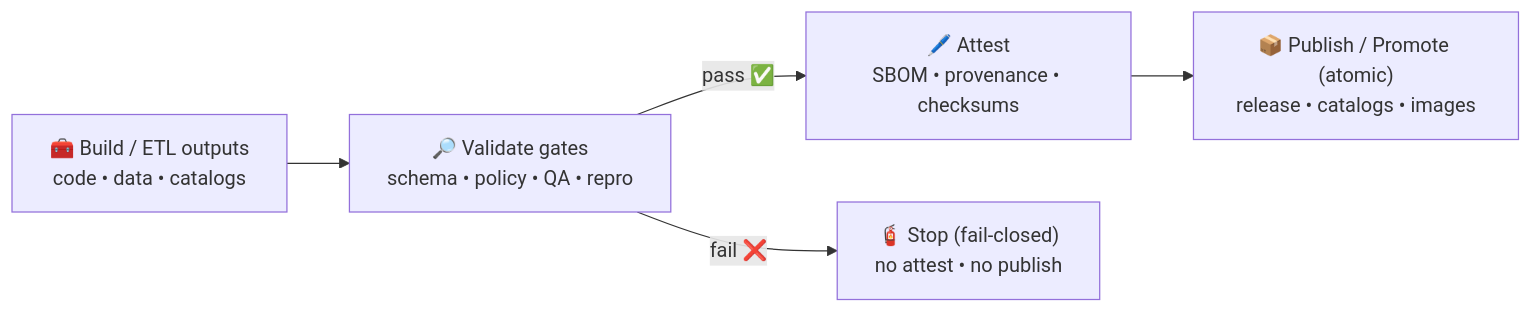
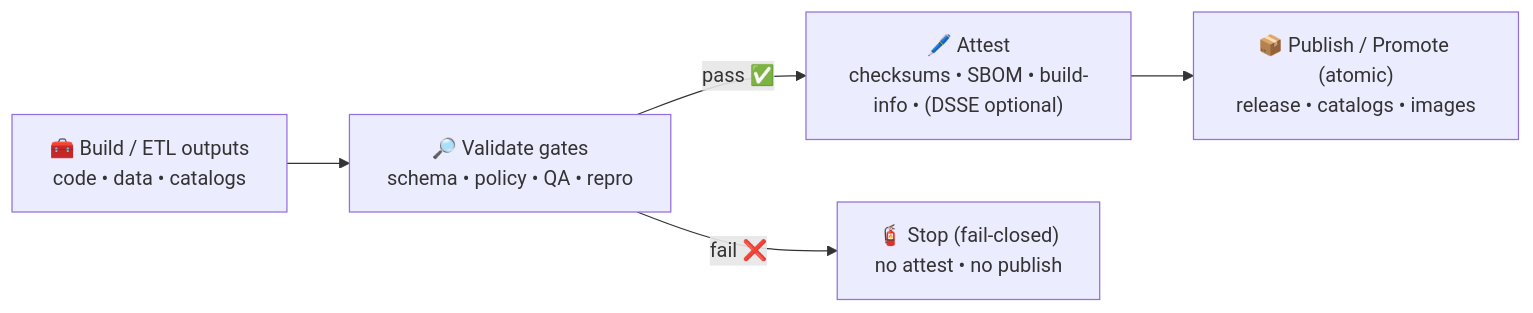
One commit to bartytime4life/Kansas-Frontier-Matrix changed the diagram in .github/actions/attest/README.md. Above: the diagram before and after it, drawn with Mermaid. The commit also changed other lines of this file, not shown here.

````diff
--- a/.github/actions/attest/README.md
+++ b/.github/actions/attest/README.md
@@ -120,7 +112,7 @@
 ```mermaid
 flowchart LR
   A["🧰 Build / ETL outputs<br/>code • data • catalogs"] --> B["🔎 Validate gates<br/>schema • policy • QA • repro"]
-  B -->|pass ✅| C["🖊️ Attest<br/>SBOM • provenance • checksums"]
+  B -->|pass ✅| C["🖊️ Attest<br/>checksums • SBOM • build-info • (DSSE optional)"]
   C --> D["📦 Publish / Promote (atomic)<br/>release • catalogs • images"]
   B -->|fail ❌| X["🧯 Stop (fail-closed)<br/>no attest • no publish"]
 ```
````
